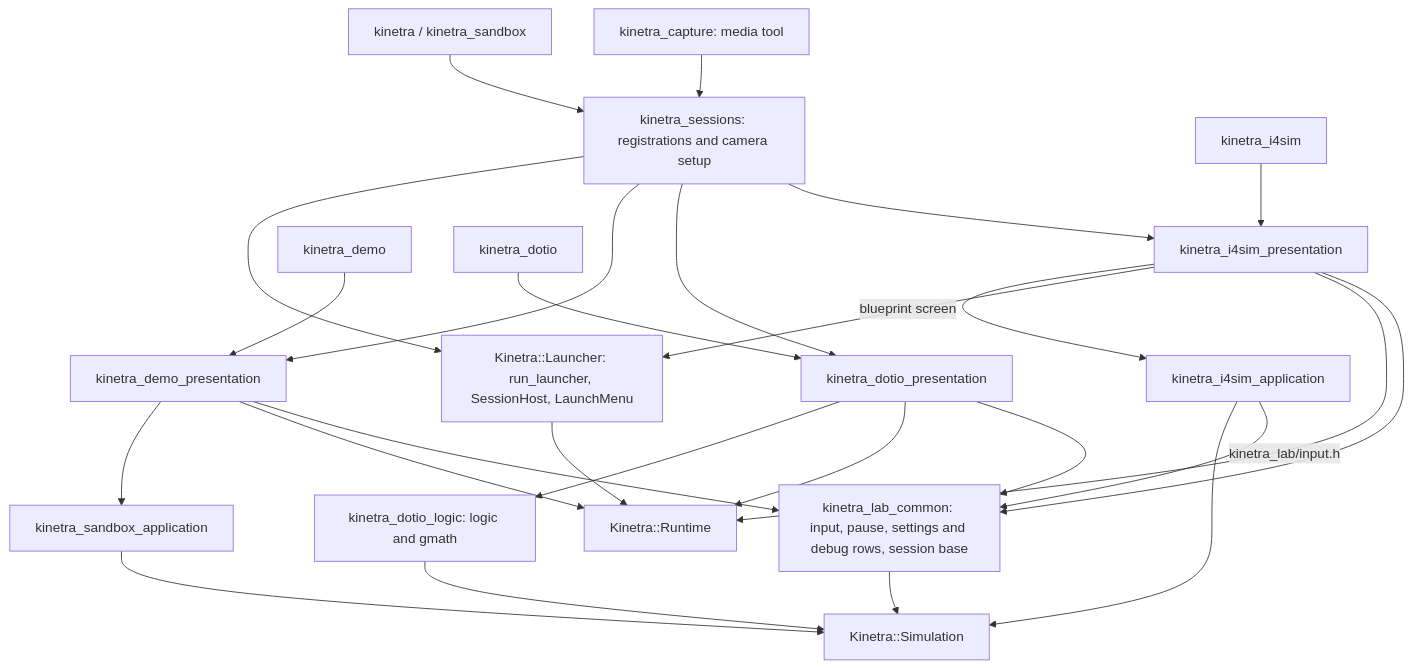
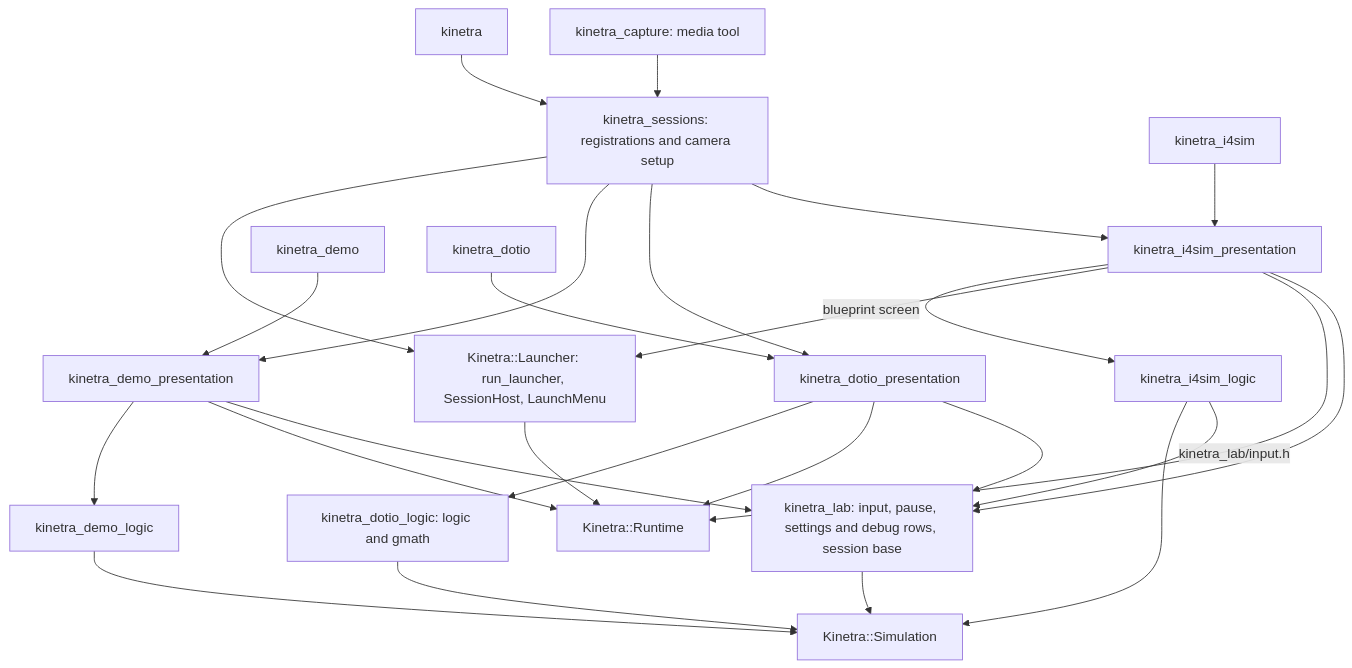
One commit to SMB-M87/Kinetra-Lab changed the first of 2 diagrams in docs/architecture.md. Above: the diagram before and after it, drawn with Mermaid. The commit also changed other lines of this file and 40 other files, not shown here.

````diff
--- a/docs/architecture.md
+++ b/docs/architecture.md
@@ -15,28 +15,28 @@
 ```mermaid
 flowchart TD
-    Bundled[kinetra / kinetra_sandbox] --> Sessions[kinetra_sessions: registrations and camera setup]
+    Bundled[kinetra] --> Sessions[kinetra_sessions: registrations and camera setup]
     Capture[kinetra_capture: media tool] --> Sessions
     Sessions --> Launcher[Kinetra::Launcher: run_launcher, SessionHost, LaunchMenu]
     Sessions --> Demo[kinetra_demo_presentation]
     Sessions --> Dotio[kinetra_dotio_presentation]
     Sessions --> Factory[kinetra_i4sim_presentation]
     FactoryExe[kinetra_i4sim] --> Factory
-    Factory --> FactoryLogic[kinetra_i4sim_application]
+    Factory --> FactoryLogic[kinetra_i4sim_logic]
     Factory -->|blueprint screen| Launcher
     FactoryLogic --> Sim
     Factory --> Runtime
     DemoExe[kinetra_demo] --> Demo
     DotioExe[kinetra_dotio] --> Dotio
-    Demo --> Sandbox[kinetra_sandbox_application]
+    Demo --> Scene[kinetra_demo_logic]
     Dotio --> Logic[kinetra_dotio_logic: logic and gmath]
-    Sandbox --> Sim[Kinetra::Simulation]
+    Scene --> Sim[Kinetra::Simulation]
     Logic --> Sim
     Launcher --> Runtime[Kinetra::Runtime]
     Demo --> Runtime
     Dotio --> Runtime
-    Demo --> Common[kinetra_lab_common: input, pause, settings and debug rows, session base]
+    Demo --> Common[kinetra_lab: input, pause, settings and debug rows, session base]
     Dotio --> Common
     Factory --> Common
     FactoryLogic -->|kinetra_lab/input.h| Common
     Common --> Sim
 ```
````
